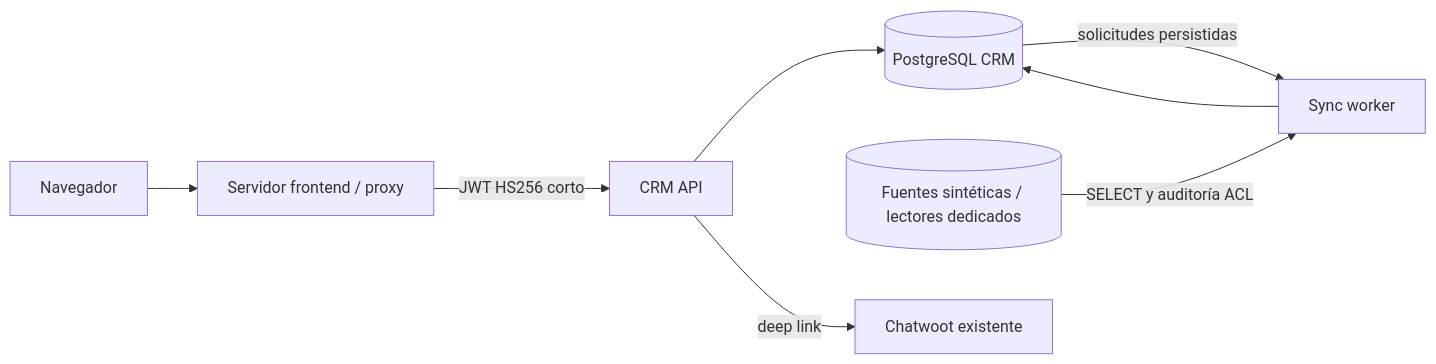
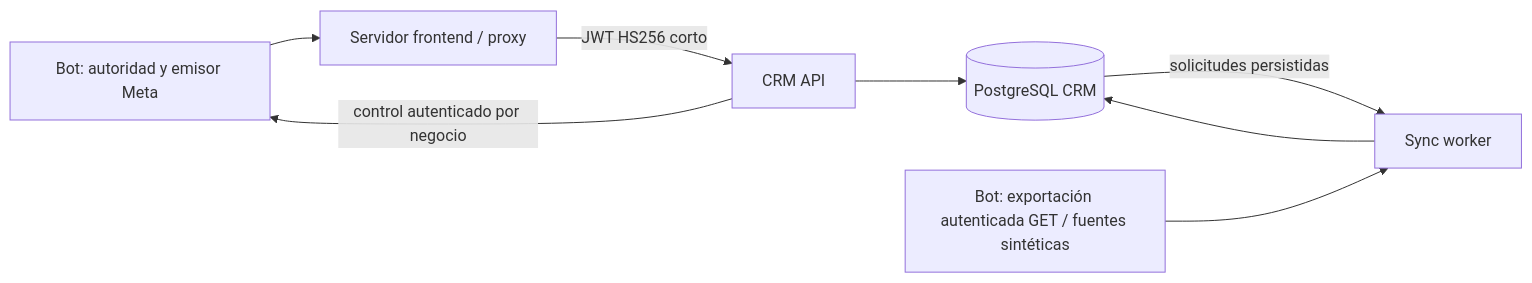
One commit to JeroCQ/Whatsapp-Bot changed the diagram in crm/README.md. Above: the diagram before and after it, drawn with Mermaid. The commit also changed other lines of this file and 22 other files, not shown here.

````diff
--- a/crm/README.md
+++ b/crm/README.md
@@ -12,10 +13,10 @@
 ```mermaid
 flowchart LR
   B[Navegador] --> F[Servidor frontend / proxy]
   F -->|JWT HS256 corto| A[CRM API]
   A --> D[(PostgreSQL CRM)]
   D -->|solicitudes persistidas| W[Sync worker]
-  S[(Fuentes sintéticas / lectores dedicados)] -->|SELECT y auditoría ACL| W
+  S[Bot: exportación autenticada GET / fuentes sintéticas] --> W
   W --> D
-  A -->|deep link| C[Chatwoot existente]
+  A -->|control autenticado por negocio| B[Bot: autoridad y emisor Meta]
 ```
````
